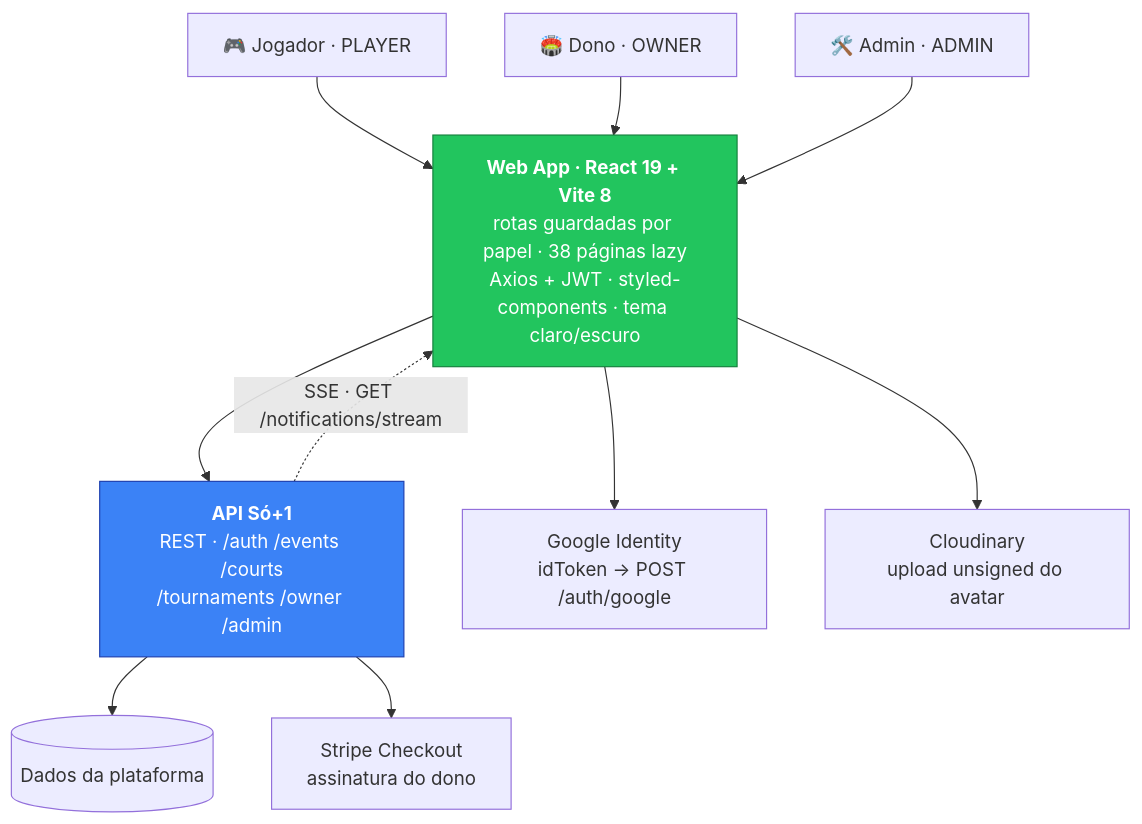
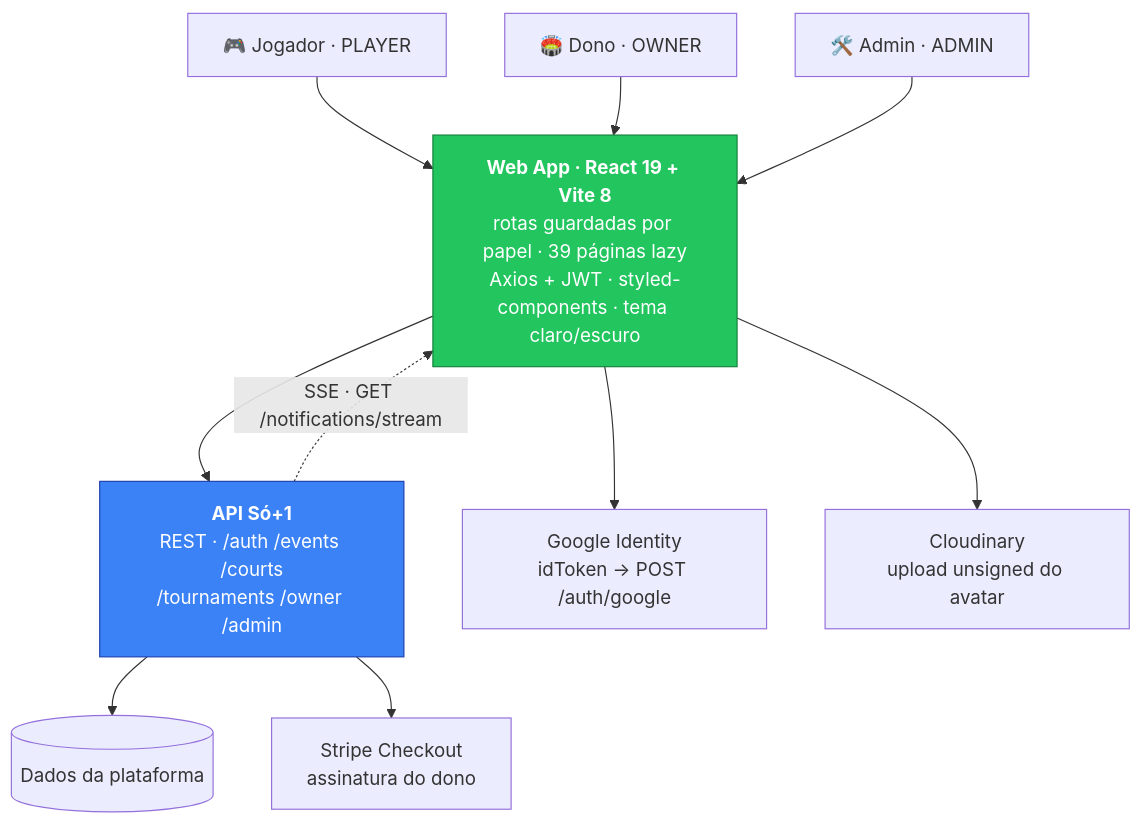
One commit to mateus-vitor-ferreira-dev/so-mais-um-web changed the diagram in README.md. Above: the diagram before and after it, drawn with Mermaid. The commit also changed other lines of this file and 7 other files, not shown here.

````diff
--- a/README.md
+++ b/README.md
@@ -61,20 +61,20 @@
 ```mermaid
 flowchart TB
     P["🎮 Jogador · PLAYER"] --> WEB
     O["🏟️ Dono · OWNER"] --> WEB
     A["🛠️ Admin · ADMIN"] --> WEB
 
-    WEB["<b>Web App · React 19 + Vite 8</b><br/>rotas guardadas por papel · 38 páginas lazy<br/>Axios + JWT · styled-components · tema claro/escuro"]
+    WEB["<b>Web App · React 19 + Vite 8</b><br/>rotas guardadas por papel · 39 páginas lazy<br/>Axios + JWT · styled-components · tema claro/escuro"]
 
     WEB --> API["<b>API Só+1</b><br/>REST · /auth /events /courts<br/>/tournaments /owner /admin"]
     WEB --> G["Google Identity<br/>idToken → POST /auth/google"]
     WEB --> CL["Cloudinary<br/>upload unsigned do avatar"]
 
     API --> DB[("Dados da plataforma")]
     API --> ST["Stripe Checkout<br/>assinatura do dono"]
 
     API -. "SSE · GET /notifications/stream" .-> WEB
 
     style WEB fill:#22C55E,stroke:#15803d,color:#fff
     style API fill:#3B82F6,stroke:#1e40af,color:#fff
 ```
````
